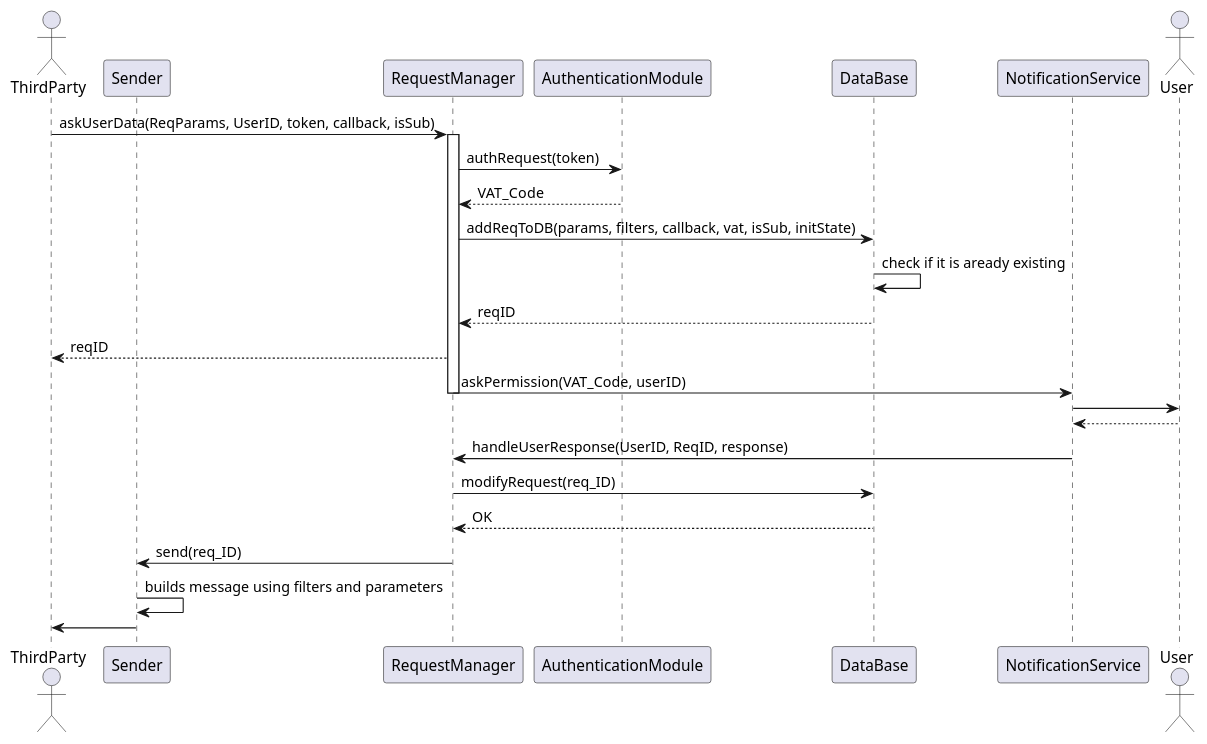
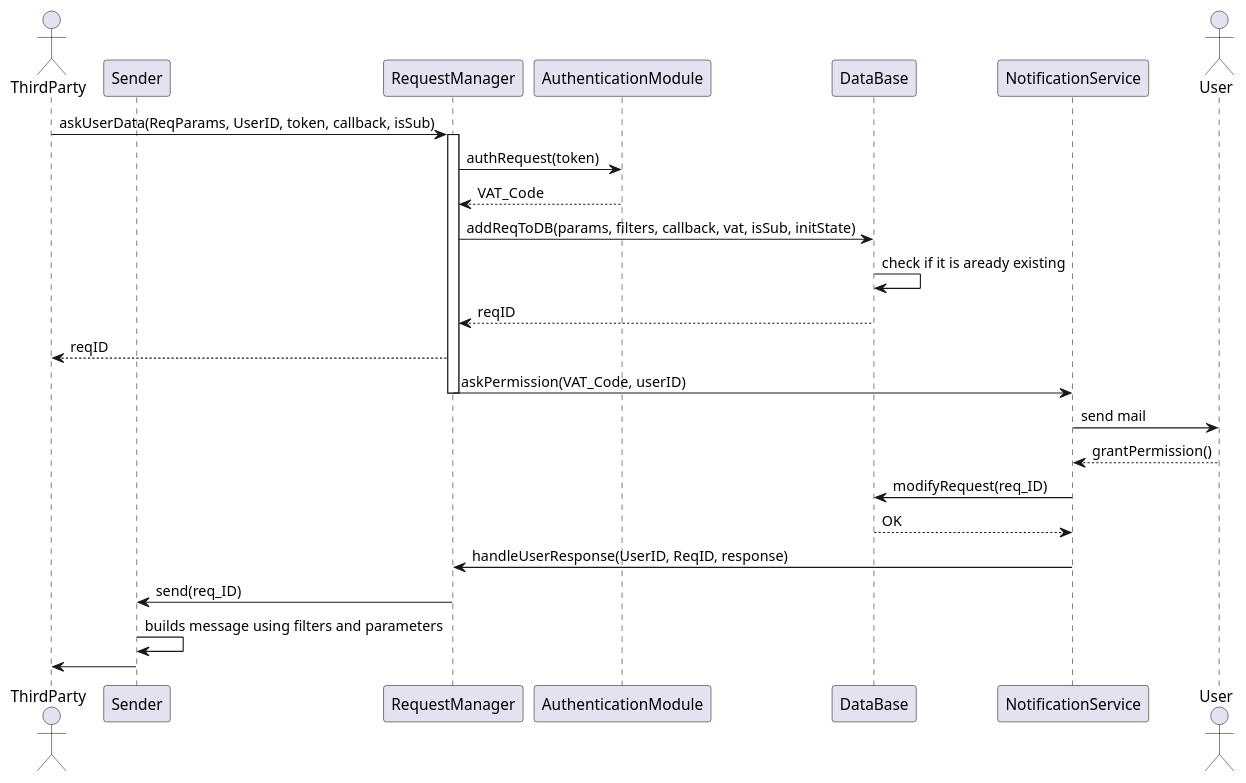
One commit to AlviseDeFaveri/BiscontiniDeFaveriGelli changed the diagram in DD/diagrams/SingleUserDataRequest_Sequence.puml. Above: the diagram before and after it, drawn with PlantUML. The commit also changed 1 other file, not shown here.

Commit message:
sequence update

```diff
--- a/DD/diagrams/SingleUserDataRequest_Sequence.puml
+++ b/DD/diagrams/SingleUserDataRequest_Sequence.puml
@@ -1,28 +1,28 @@
 @startuml
 actor ThirdParty as TP
 participant Sender as SND
 participant RequestManager as REQ
 participant AuthenticationModule as AUTH
 participant DataBase as DB
 participant NotificationService as NOT
 actor User
 
 TP -> REQ : askUserData(ReqParams, UserID, token, callback, isSub)
 activate REQ
 REQ -> AUTH: authRequest(token)
 AUTH --> REQ: VAT_Code
 REQ -> DB : addReqToDB(params, filters, callback, vat, isSub, initState)
 DB -> DB: check if it is aready existing
 DB --> REQ : reqID
 REQ --> TP : reqID
 REQ -> NOT : askPermission(VAT_Code, userID)
 deactivate REQ
-NOT -> User
-User --> NOT
+NOT -> User : send mail
+User --> NOT : grantPermission()
+NOT -> DB : modifyRequest(req_ID)
+DB --> NOT : OK
 NOT -> REQ : handleUserResponse(UserID, ReqID, response)
-REQ -> DB : modifyRequest(req_ID)
-DB --> REQ : OK
 REQ -> SND : send(req_ID)
 SND -> SND : builds message using filters and parameters
 SND -> TP
 @enduml
```
